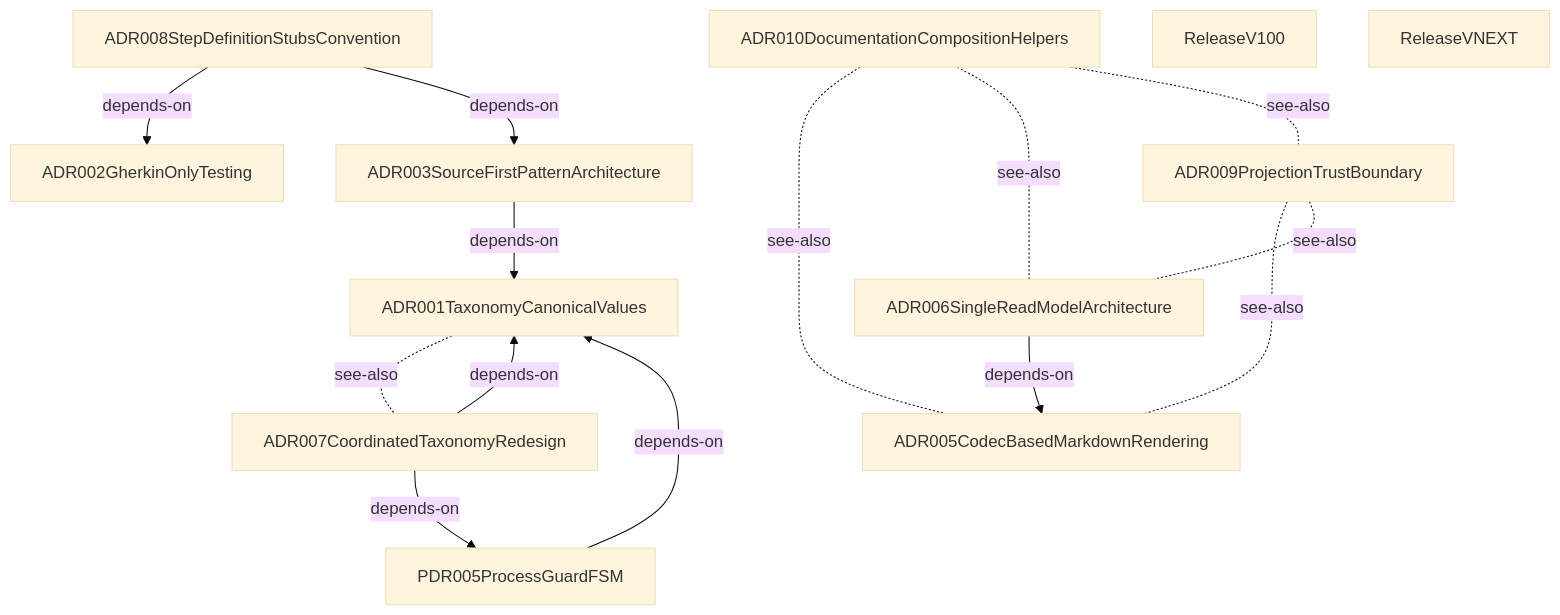
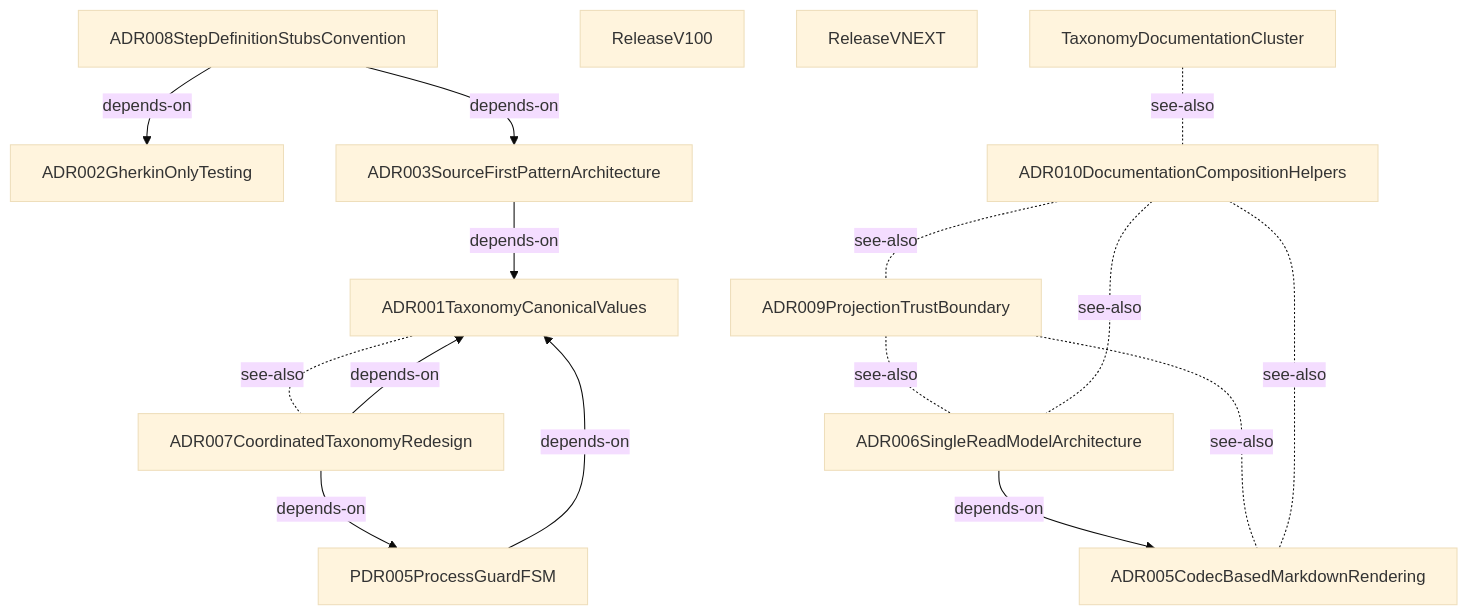
The seventh of 8 diagrams in docs-live/architecture/package-seam.md (libar-dev/architect), drawn with Mermaid (base theme) before and after one commit. The commit also changed other lines of this file and 9 other files, not shown here.

First line of the commit message:
chore(spec): TaxonomyDocumentationCluster roadmap->active (implementation in progress)

````diff
--- a/docs-live/architecture/package-seam.md
+++ b/docs-live/architecture/package-seam.md
@@ -254,28 +255,30 @@
 ```mermaid
 graph TD
   adr001taxonomycanonicalvalues["ADR001TaxonomyCanonicalValues"]
   adr002gherkinonlytesting["ADR002GherkinOnlyTesting"]
   adr003sourcefirstpatternarchitecture["ADR003SourceFirstPatternArchitecture"]
   adr005codecbasedmarkdownrendering["ADR005CodecBasedMarkdownRendering"]
   adr006singlereadmodelarchitecture["ADR006SingleReadModelArchitecture"]
   adr007coordinatedtaxonomyredesign["ADR007CoordinatedTaxonomyRedesign"]
   adr008stepdefinitionstubsconvention["ADR008StepDefinitionStubsConvention"]
   adr009projectiontrustboundary["ADR009ProjectionTrustBoundary"]
   adr010documentationcompositionhelpers["ADR010DocumentationCompositionHelpers"]
   pdr005processguardfsm["PDR005ProcessGuardFSM"]
   releasev100["ReleaseV100"]
   releasevnext["ReleaseVNEXT"]
+  taxonomydocumentationcluster["TaxonomyDocumentationCluster"]
   adr001taxonomycanonicalvalues -. see-also .- adr007coordinatedtaxonomyredesign
   adr003sourcefirstpatternarchitecture -->|depends-on| adr001taxonomycanonicalvalues
   adr006singlereadmodelarchitecture -->|depends-on| adr005codecbasedmarkdownrendering
   adr007coordinatedtaxonomyredesign -->|depends-on| adr001taxonomycanonicalvalues
   adr007coordinatedtaxonomyredesign -->|depends-on| pdr005processguardfsm
   adr008stepdefinitionstubsconvention -->|depends-on| adr002gherkinonlytesting
   adr008stepdefinitionstubsconvention -->|depends-on| adr003sourcefirstpatternarchitecture
   adr009projectiontrustboundary -. see-also .- adr005codecbasedmarkdownrendering
   adr009projectiontrustboundary -. see-also .- adr006singlereadmodelarchitecture
   adr010documentationcompositionhelpers -. see-also .- adr005codecbasedmarkdownrendering
   adr010documentationcompositionhelpers -. see-also .- adr006singlereadmodelarchitecture
   adr010documentationcompositionhelpers -. see-also .- adr009projectiontrustboundary
   pdr005processguardfsm -->|depends-on| adr001taxonomycanonicalvalues
+  taxonomydocumentationcluster -. see-also .- adr010documentationcompositionhelpers
 ```
````
